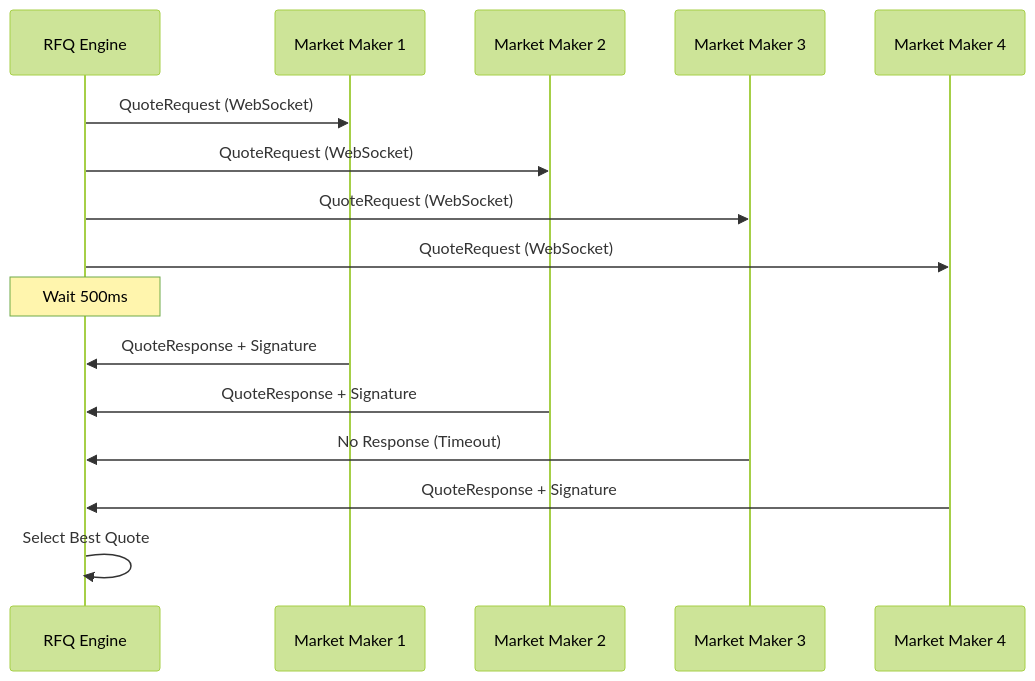
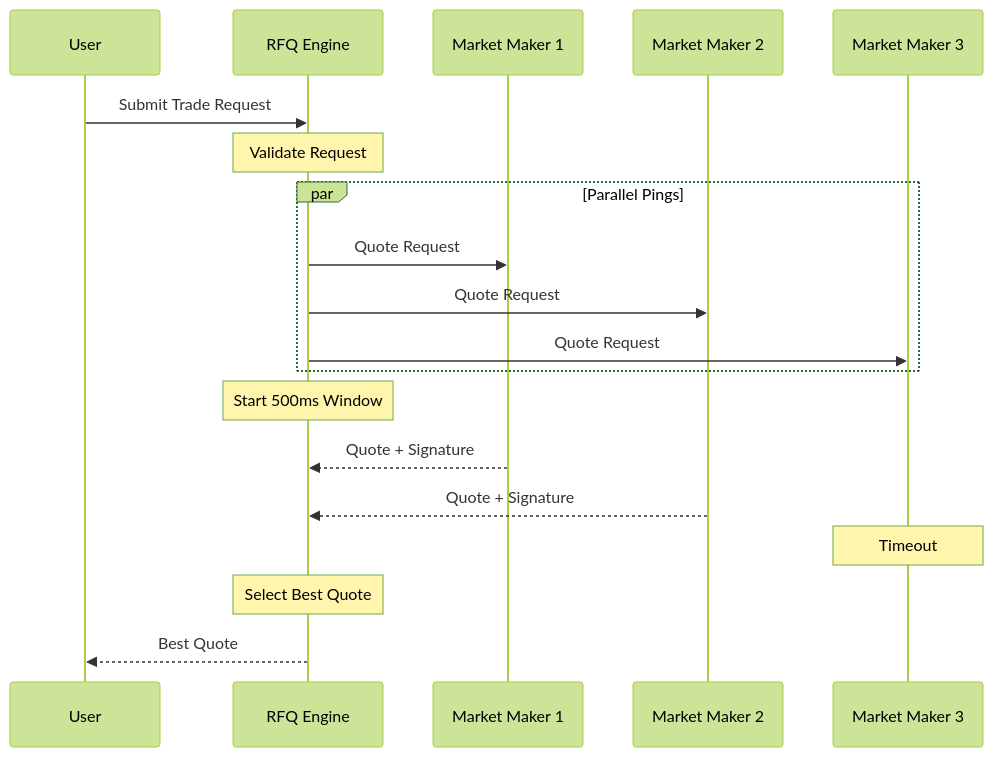
The diagram in architecture/rfq-system.mdx (crest-bitcoin/docs), drawn with Mermaid (forest theme) before and after one commit. The commit also changed other lines of this file and 1 other file, not shown here.

Commit message:
edit rfq part

````diff
--- a/architecture/rfq-system.mdx
+++ b/architecture/rfq-system.mdx
@@ -149,22 +12,26 @@
 ```mermaid
 sequenceDiagram
-    participant Engine as RFQ Engine
+    participant User
+    participant RFQ as RFQ Engine
     participant MM1 as Market Maker 1
     participant MM2 as Market Maker 2
     participant MM3 as Market Maker 3
-    participant MM4 as Market Maker 4
 
-    Engine->>MM1: QuoteRequest (WebSocket)
-    Engine->>MM2: QuoteRequest (WebSocket)
-    Engine->>MM3: QuoteRequest (WebSocket)
-    Engine->>MM4: QuoteRequest (WebSocket)
+    User->>RFQ: Submit Trade Request
+    Note over RFQ: Validate Request
 
-    Note over Engine: Wait 500ms
+    par Parallel Pings
+        RFQ->>MM1: Quote Request
+        RFQ->>MM2: Quote Request
+        RFQ->>MM3: Quote Request
+    end
 
-    MM1->>Engine: QuoteResponse + Signature
-    MM2->>Engine: QuoteResponse + Signature
-    MM3->>Engine: No Response (Timeout)
-    MM4->>Engine: QuoteResponse + Signature
+    Note over RFQ: Start 500ms Window
 
-    Engine->>Engine: Select Best Quote
+    MM1-->>RFQ: Quote + Signature
+    MM2-->>RFQ: Quote + Signature
+    Note over MM3: Timeout
+
+    Note over RFQ: Select Best Quote
+    RFQ-->>User: Best Quote
 ```
````
